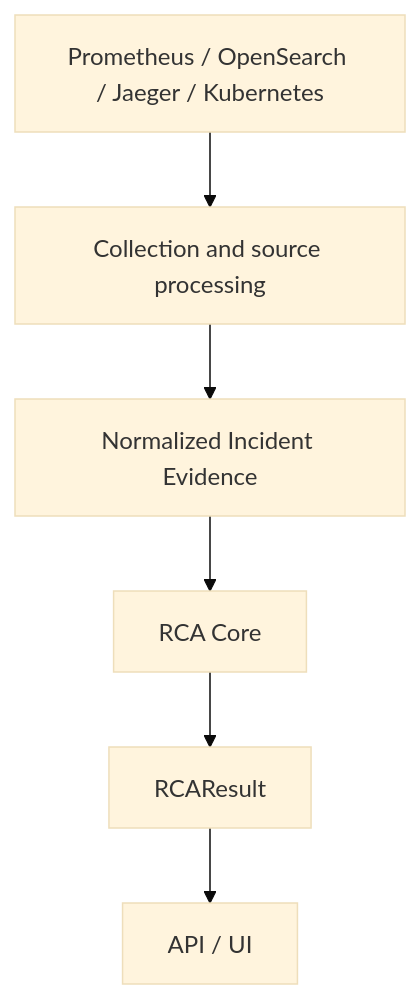
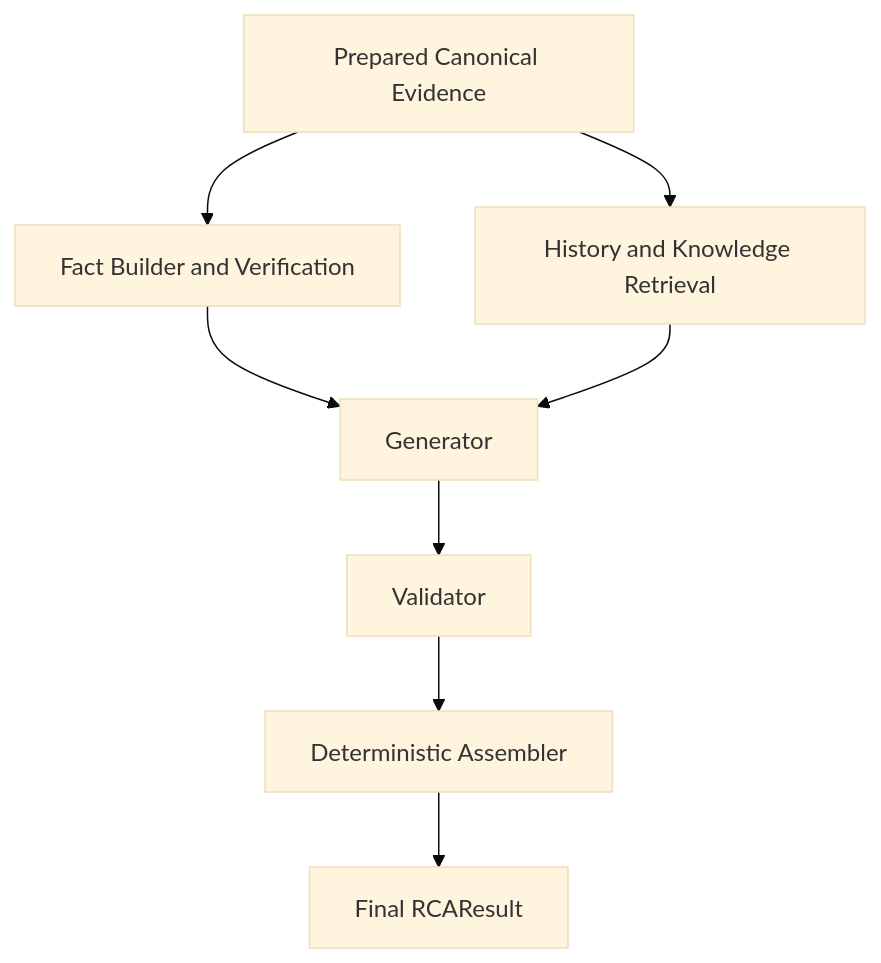
One commit to Ama2352/rca-ai changed the diagram in docs/architecture.md. Above: the diagram before and after it, drawn with Mermaid (base theme). The commit also changed other lines of this file and 20 other files, not shown here.

```diff
--- a/docs/architecture.md
+++ b/docs/architecture.md
@@ -5,10 +5,15 @@
 ~~~mermaid
 flowchart TD
-    A[Prometheus / OpenSearch / Jaeger / Kubernetes]
-    B[Collection and source processing]
-    C[Normalized Incident Evidence]
-    D[RCA Core]
-    E[RCAResult]
-    F[API / UI]
-    A --> B --> C --> D --> E --> F
+    A[Prepared Canonical Evidence]
+    B[Fact Builder and Verification]
+    C[History and Knowledge Retrieval]
+    D[Generator]
+    E[Validator]
+    F[Deterministic Assembler]
+    G[Final RCAResult]
+    A --> B
+    A --> C
+    B --> D
+    C --> D
+    D --> E --> F --> G
 ~~~
```
